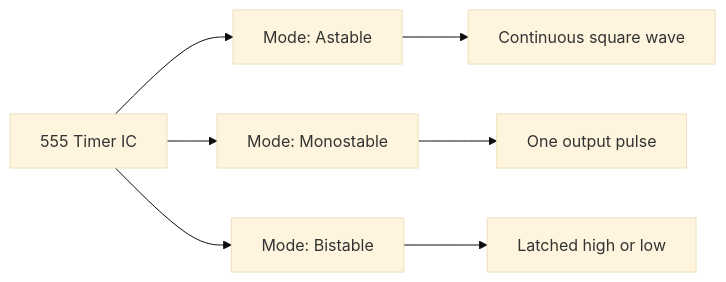
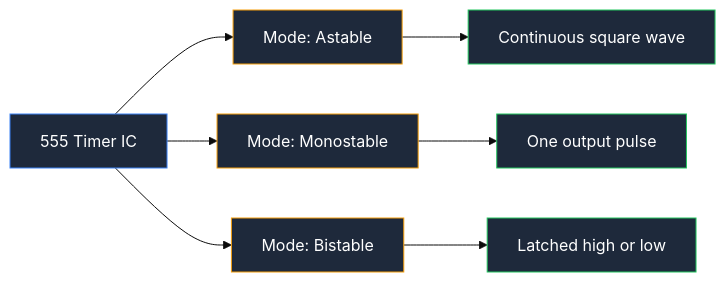
Before and after one commit to fakhir00/circuit-diagram-maker: the first of 8 diagrams in src/content/blog/en/555-timer-circuit.md, drawn with Mermaid (base theme). The commit also changed other lines of this file, not shown here.

````diff
--- a/src/content/blog/en/555-timer-circuit.md
+++ b/src/content/blog/en/555-timer-circuit.md
@@ -19,9 +20,17 @@
 ```mermaid
 flowchart LR
     A[555 Timer IC] --> B["Mode: Astable"]
     A --> C["Mode: Monostable"]
     A --> D["Mode: Bistable"]
     B --> E[Continuous square wave]
     C --> F[One output pulse]
     D --> G[Latched high or low]
+    
+    style A fill:#1e293b,stroke:#3b82f6,color:#fff
+    style B fill:#1e293b,stroke:#f59e0b,color:#fff
+    style C fill:#1e293b,stroke:#f59e0b,color:#fff
+    style D fill:#1e293b,stroke:#f59e0b,color:#fff
+    style E fill:#1e293b,stroke:#22c55e,color:#fff
+    style F fill:#1e293b,stroke:#22c55e,color:#fff
+    style G fill:#1e293b,stroke:#22c55e,color:#fff
 ```
````
